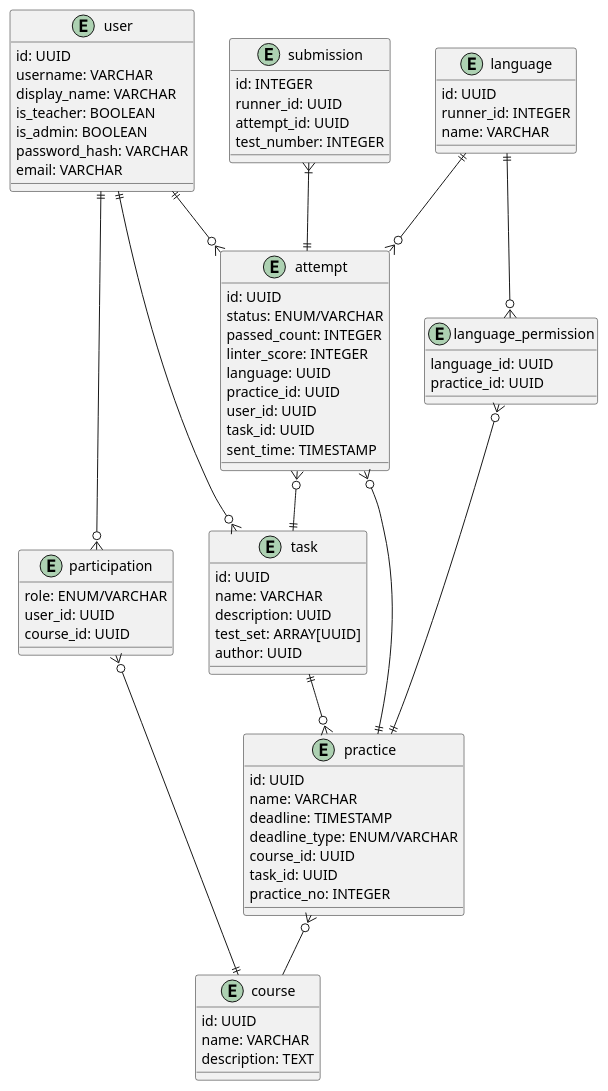
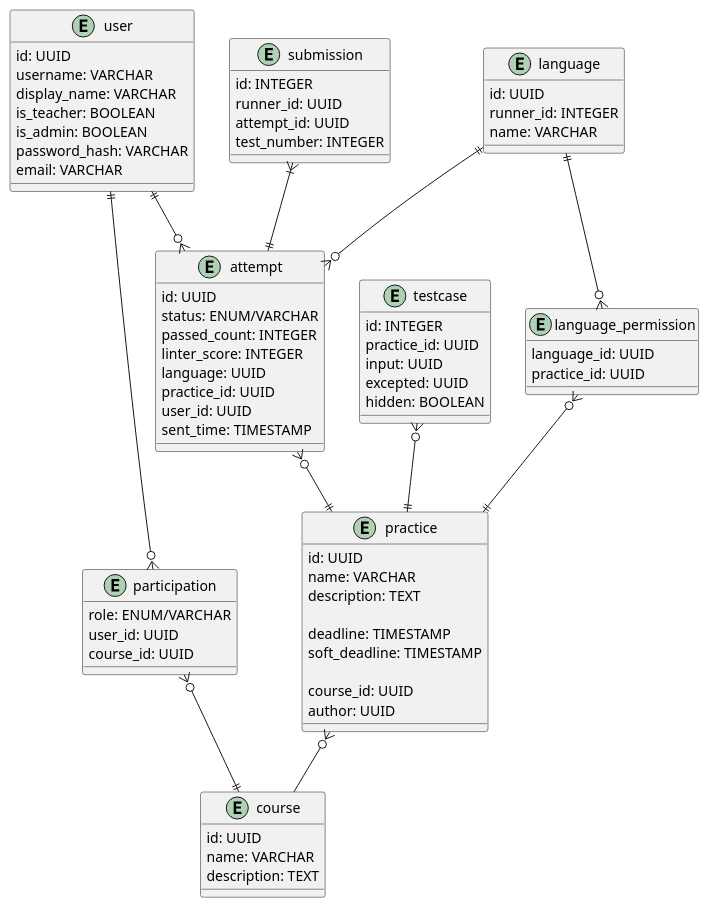
The diagram in doc/entity-relationship.puml (AKovalyuk/automated-lab-testing-sibfu-backend), drawn with PlantUML before and after one commit. The commit also changed 11 other files, not shown here.

Commit message:
Reformat Practice and TestCase tables

```diff
--- a/doc/entity-relationship.puml
+++ b/doc/entity-relationship.puml
@@ -1,86 +1,85 @@
 @startuml
 
 entity user {
     id: UUID
     username: VARCHAR
     display_name: VARCHAR
     is_teacher: BOOLEAN
     is_admin: BOOLEAN
     password_hash: VARCHAR
     email: VARCHAR
 }
 
 entity participation {
     role: ENUM/VARCHAR
     user_id: UUID
     course_id: UUID
 }
 
 entity course {
     id: UUID
     name: VARCHAR
     description: TEXT
 }
 
-entity task {
+entity practice {
     id: UUID
     name: VARCHAR
-    description: UUID
-    test_set: ARRAY[UUID]
+    description: TEXT
+
+    deadline: TIMESTAMP
+    soft_deadline: TIMESTAMP
+
+    course_id: UUID
     author: UUID
 }
 
-entity practice {
-    id: UUID
-    name: VARCHAR
-    deadline: TIMESTAMP
-    deadline_type: ENUM/VARCHAR
-    course_id: UUID
-    task_id: UUID
-    practice_no: INTEGER
+entity testcase {
+    id: INTEGER
+    practice_id: UUID
+    input: UUID
+    excepted: UUID
+    hidden: BOOLEAN
 }
 
 entity attempt {
     id: UUID
     status: ENUM/VARCHAR
     passed_count: INTEGER
     linter_score: INTEGER
     language: UUID
     practice_id: UUID
     user_id: UUID
-    task_id: UUID
     sent_time: TIMESTAMP
 }
 
 entity submission {
     id: INTEGER
     runner_id: UUID
     attempt_id: UUID
     test_number: INTEGER
 }
 
 entity language {
     id: UUID
     runner_id: INTEGER
     name: VARCHAR
 }
 
 entity language_permission {
     language_id: UUID
     practice_id: UUID
 }
 
 user ||--o{ attempt
-attempt }o--|| task
 attempt }o--|| practice
 user ||--o{ participation
 participation }o--|| course
 practice }o-- course
-user ||--o{ task
 language ||--o{ language_permission
 language ||--o{ attempt
 language_permission }o--|| practice
-task ||--o{ practice
 submission }|--|| attempt
+testcase }o--|| practice
 
 @enduml
```
